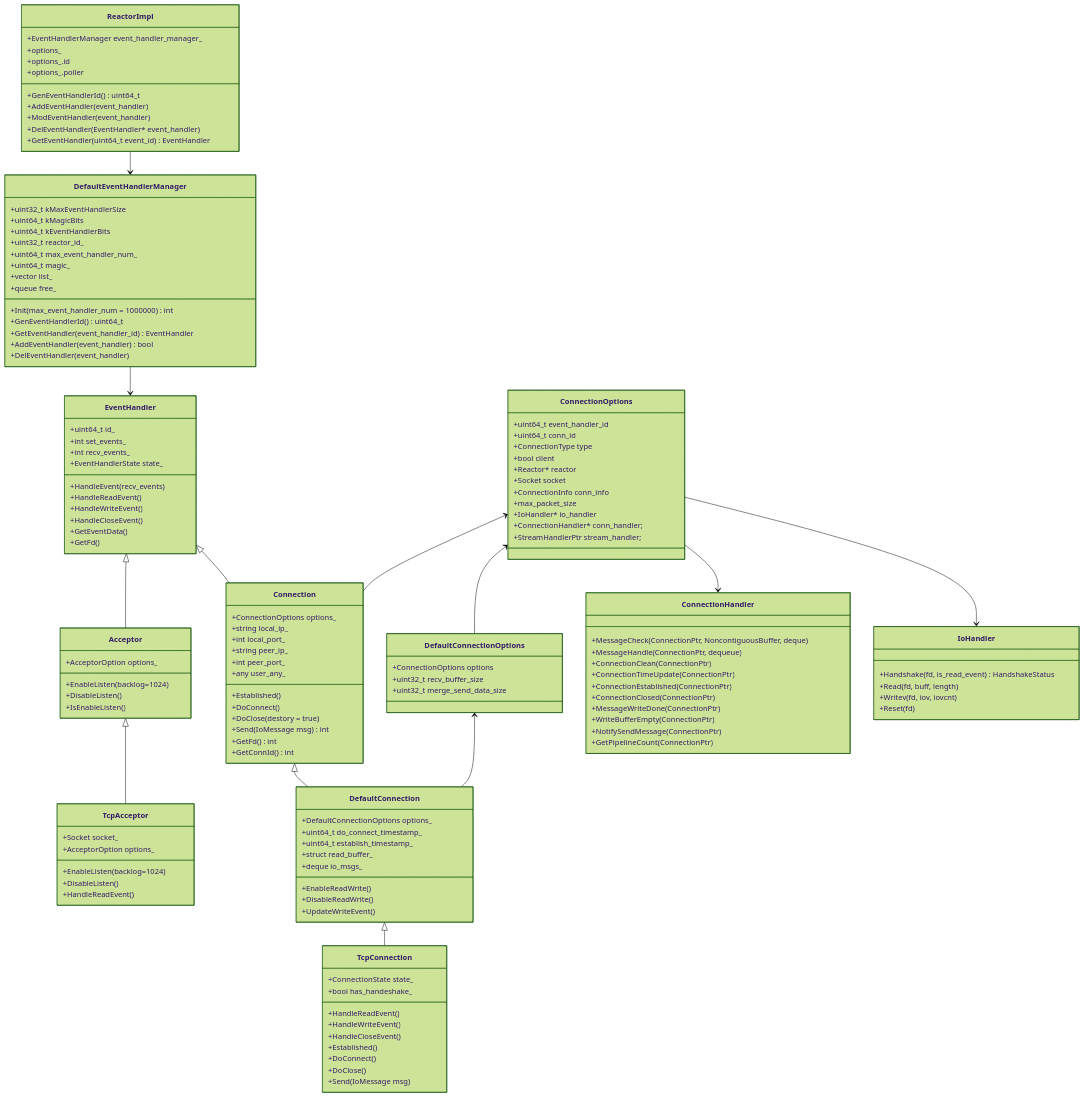
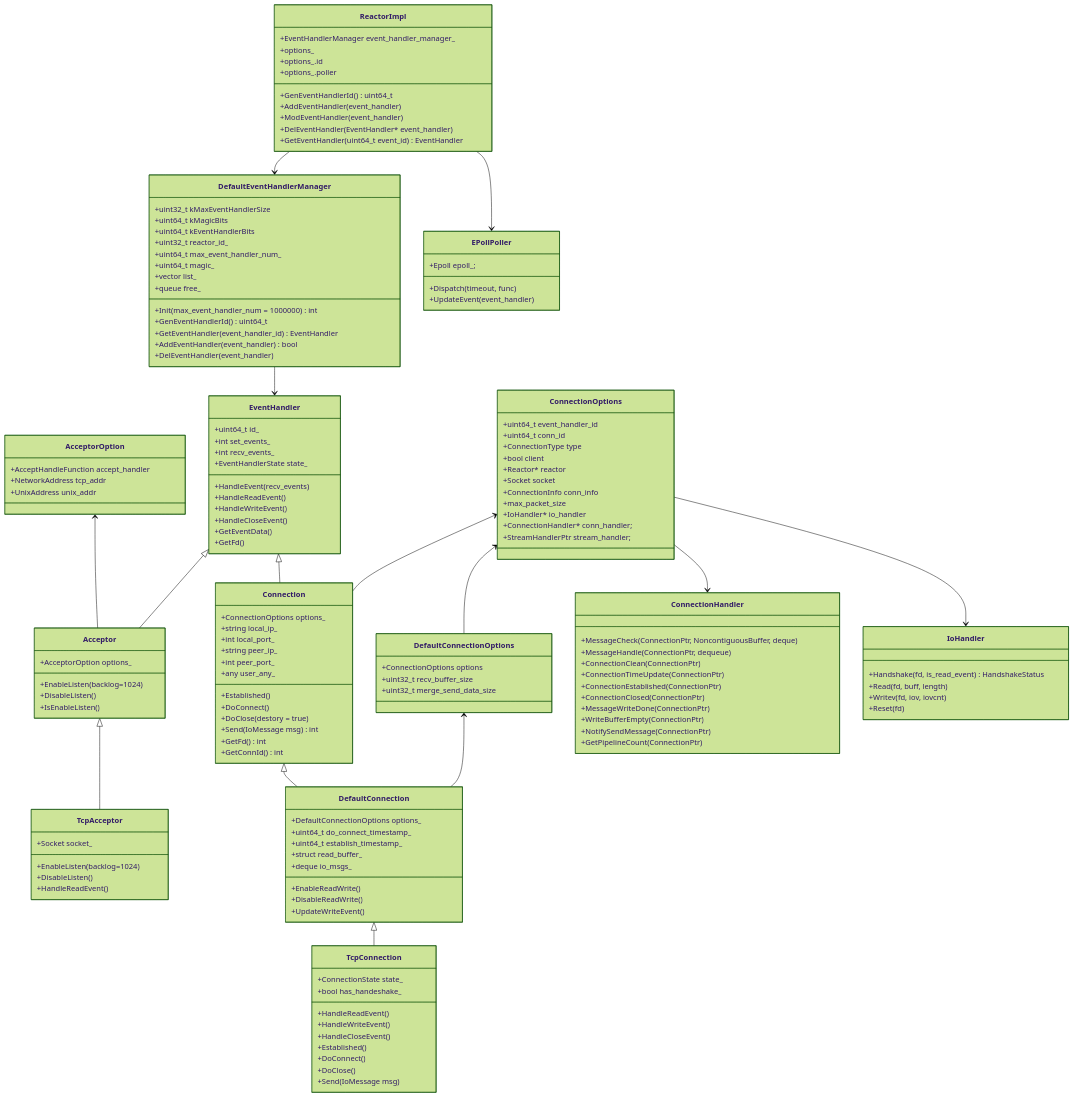
Before and after one commit to lsj9383/blog: the first of 6 diagrams in posts/xrpc/xrpc-network-model/readme.md, drawn with Mermaid (forest theme). The commit also changed other lines of this file, not shown here.

```diff
--- a/posts/xrpc/xrpc-network-model/readme.md
+++ b/posts/xrpc/xrpc-network-model/readme.md
@@ -389,8 +387,10 @@
 classDiagram
 
   ReactorImpl --> DefaultEventHandlerManager
+  ReactorImpl --> EPollPoller
   DefaultEventHandlerManager --> EventHandler
 
+  AcceptorOption <-- Acceptor
   EventHandler <|-- Acceptor
   Acceptor <|-- TcpAcceptor
 
@@ -403,6 +403,12 @@
   DefaultConnectionOptions <-- DefaultConnection
   ConnectionOptions --> ConnectionHandler
   ConnectionOptions --> IoHandler
+
+    class EPollPoller {
+      +Epoll epoll_;
+      +Dispatch(timeout, func)
+      +UpdateEvent(event_handler)
+    }
 
     class ReactorImpl {
       +EventHandlerManager event_handler_manager_
@@ -452,9 +458,14 @@
       +IsEnableListen()
     }
 
+    class AcceptorOption {
+      +AcceptHandleFunction accept_handler
+      +NetworkAddress tcp_addr
+      +UnixAddress unix_addr
+    }
+
     class TcpAcceptor {
       +Socket socket_
-      +AcceptorOption options_
       +EnableListen(backlog=1024)
       +DisableListen()
       +HandleReadEvent()
```
